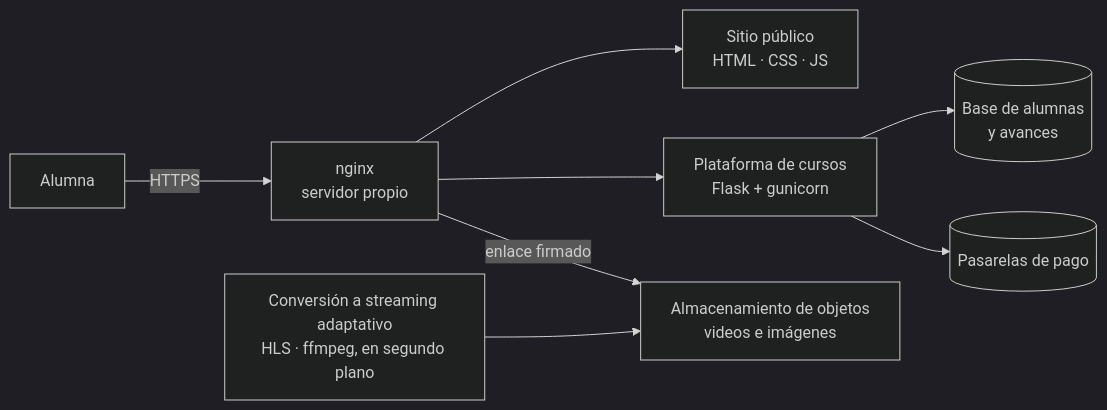
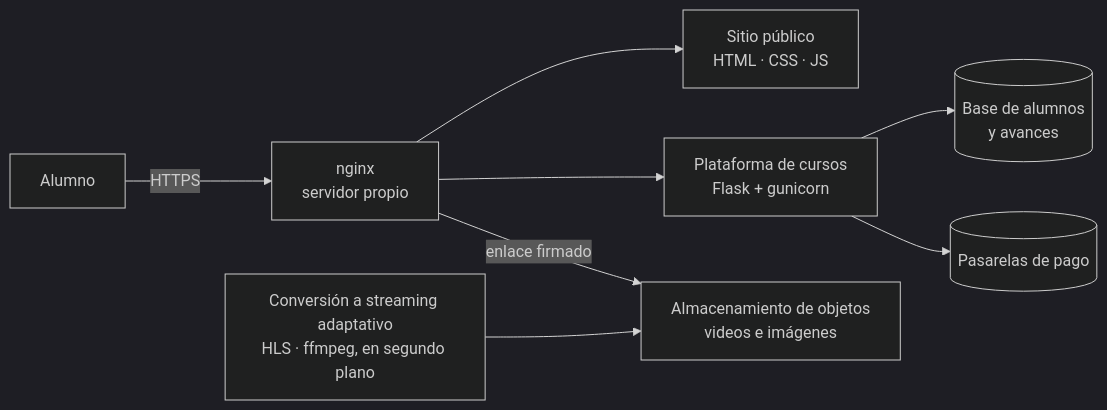
Before and after one commit to druidatech-net/artedehoy-web: the first of 3 diagrams in README.md, drawn with Mermaid (dark theme). The commit also changed other lines of this file and 1 other file, not shown here.

Commit message:
Alumnos en general, no alumnas

````diff
--- a/README.md
+++ b/README.md
@@ -41,10 +41,10 @@
 ```mermaid
 flowchart LR
-    A[Alumna] -->|HTTPS| N[nginx<br/>servidor propio]
+    A[Alumno] -->|HTTPS| N[nginx<br/>servidor propio]
     N --> S[Sitio público<br/>HTML · CSS · JS]
     N --> P[Plataforma de cursos<br/>Flask + gunicorn]
-    P --> D[(Base de alumnas<br/>y avances)]
+    P --> D[(Base de alumnos<br/>y avances)]
     P --> M[(Pasarelas de pago)]
     N -->|enlace firmado| R[Almacenamiento de objetos<br/>videos e imágenes]
     C[Conversión a streaming adaptativo<br/>HLS · ffmpeg, en segundo plano] --> R
 ```
````
